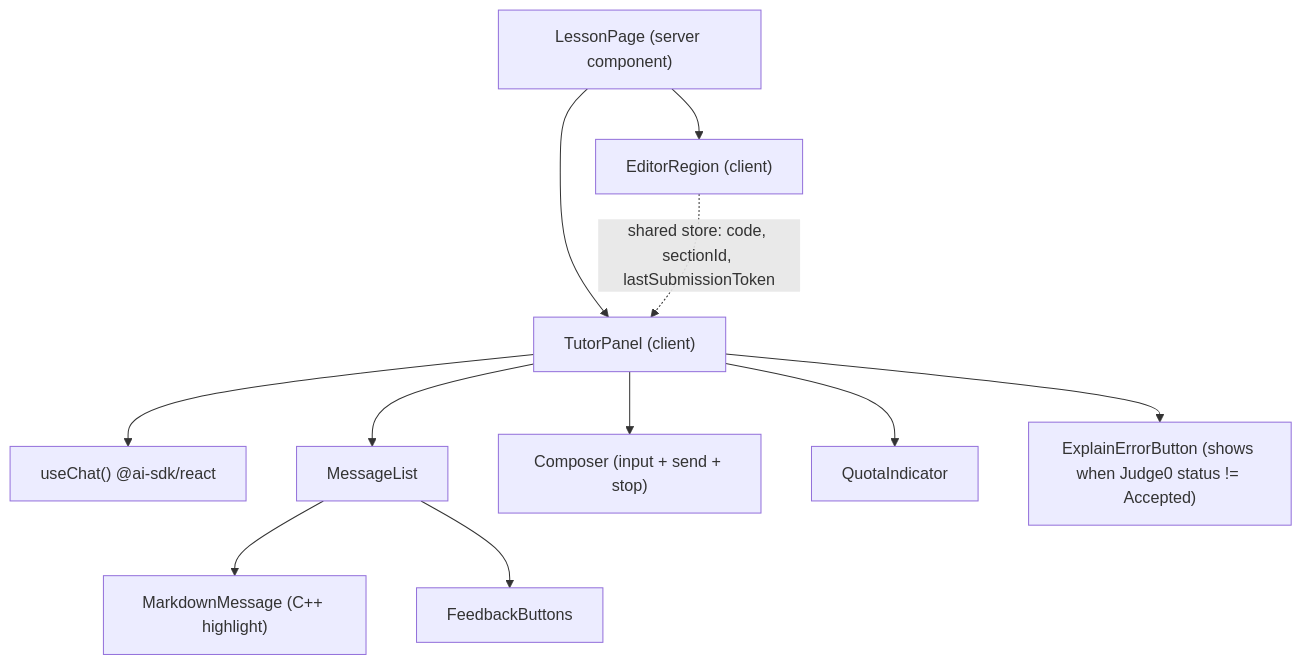
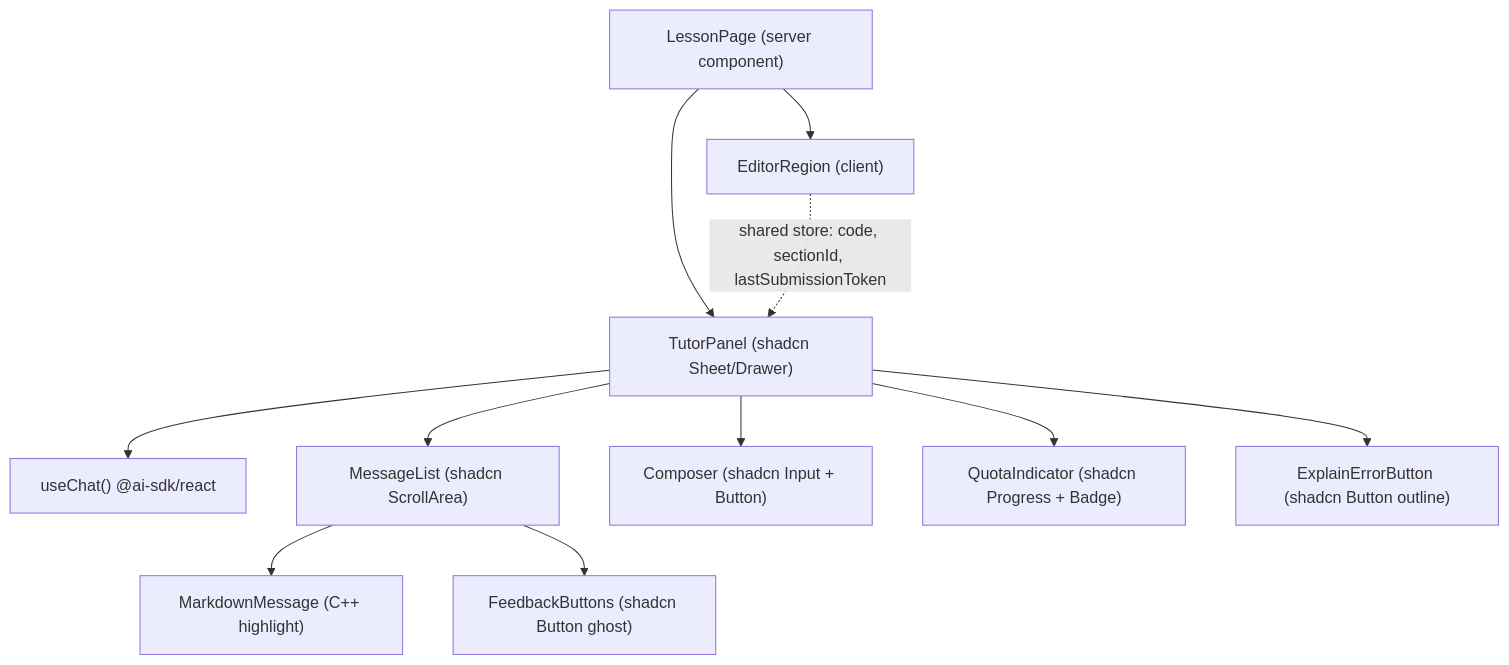
The fourth of 4 diagrams in tutor-ai/design.md (1RaghavM/cpp-course), drawn with Mermaid before and after one commit. The commit also changed other lines of this file and 96 other files, not shown here.

````diff
--- a/tutor-ai/design.md
+++ b/tutor-ai/design.md
@@ -193,13 +195,13 @@
 ```mermaid
 flowchart TD
     LP["LessonPage (server component)"] --> ER["EditorRegion (client)"]
-    LP --> TPW["TutorPanel (client)"]
+    LP --> TPW["TutorPanel (shadcn Sheet/Drawer)"]
     ER -. "shared store: code, sectionId, lastSubmissionToken" .-> TPW
     TPW --> UC["useChat() @ai-sdk/react"]
-    TPW --> MSG["MessageList"]
+    TPW --> MSG["MessageList (shadcn ScrollArea)"]
     MSG --> MD["MarkdownMessage (C++ highlight)"]
-    MSG --> FB["FeedbackButtons"]
-    TPW --> INP["Composer (input + send + stop)"]
-    TPW --> QER["QuotaIndicator"]
-    TPW --> EXP["ExplainErrorButton (shows when Judge0 status != Accepted)"]
+    MSG --> FB["FeedbackButtons (shadcn Button ghost)"]
+    TPW --> INP["Composer (shadcn Input + Button)"]
+    TPW --> QER["QuotaIndicator (shadcn Progress + Badge)"]
+    TPW --> EXP["ExplainErrorButton (shadcn Button outline)"]
 ```
````
